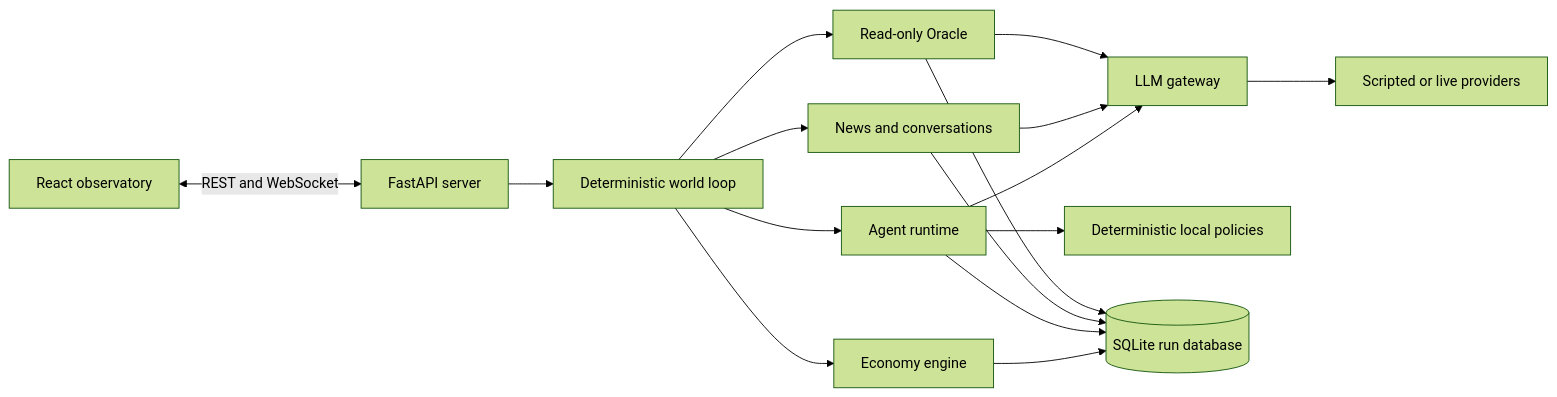
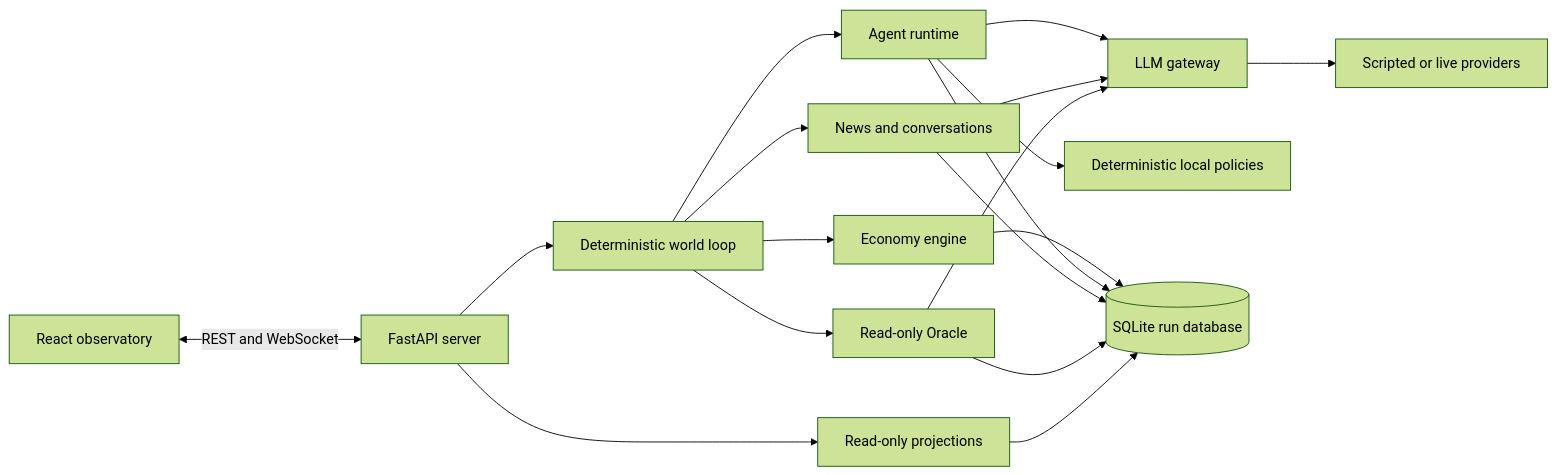
One commit to alinojoumi8/agent-economy changed the first of 2 diagrams in docs/architecture.md. Above: the diagram before and after it, drawn with Mermaid (forest theme). The commit also changed other lines of this file and 29 other files, not shown here.

````diff
--- a/docs/architecture.md
+++ b/docs/architecture.md
@@ -5,18 +5,20 @@
 ```mermaid
 flowchart LR
     UI[React observatory] <-->|REST and WebSocket| API[FastAPI server]
+    API --> PROJ[Read-only projections]
     API --> WORLD[Deterministic world loop]
     WORLD --> ENGINE[Economy engine]
     WORLD --> AGENTS[Agent runtime]
     WORLD --> INFO[News and conversations]
     AGENTS --> GATEWAY[LLM gateway]
     AGENTS --> POLICY[Deterministic local policies]
     INFO --> GATEWAY
     GATEWAY --> PROVIDERS[Scripted or live providers]
     WORLD --> ORACLE[Read-only Oracle]
     ORACLE --> GATEWAY
     ENGINE --> DB[(SQLite run database)]
     AGENTS --> DB
     INFO --> DB
     ORACLE --> DB
+    PROJ --> DB
 ```
````
